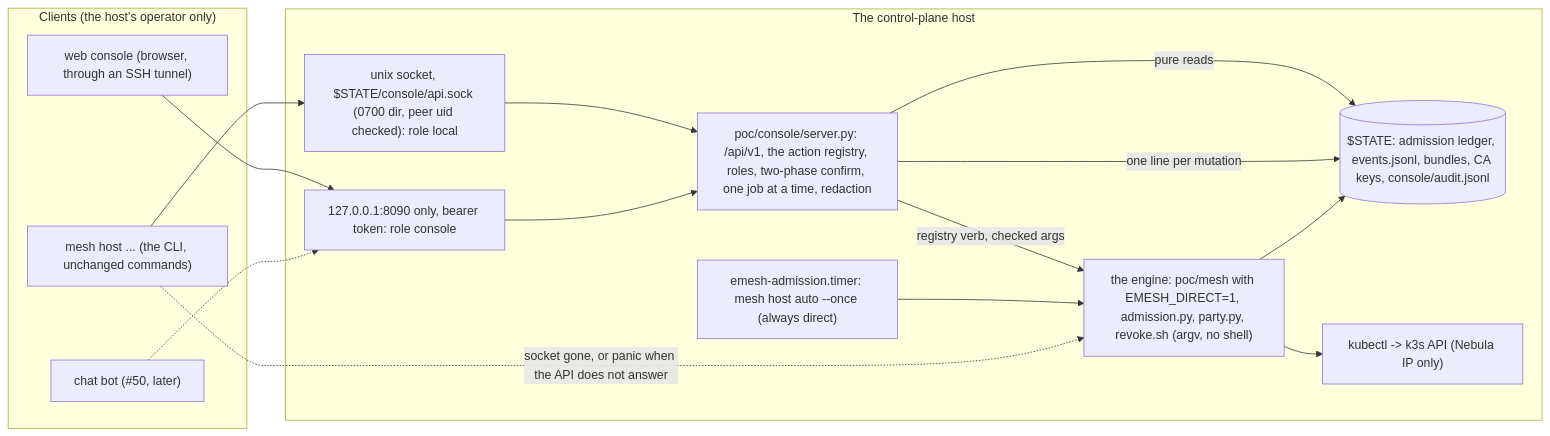
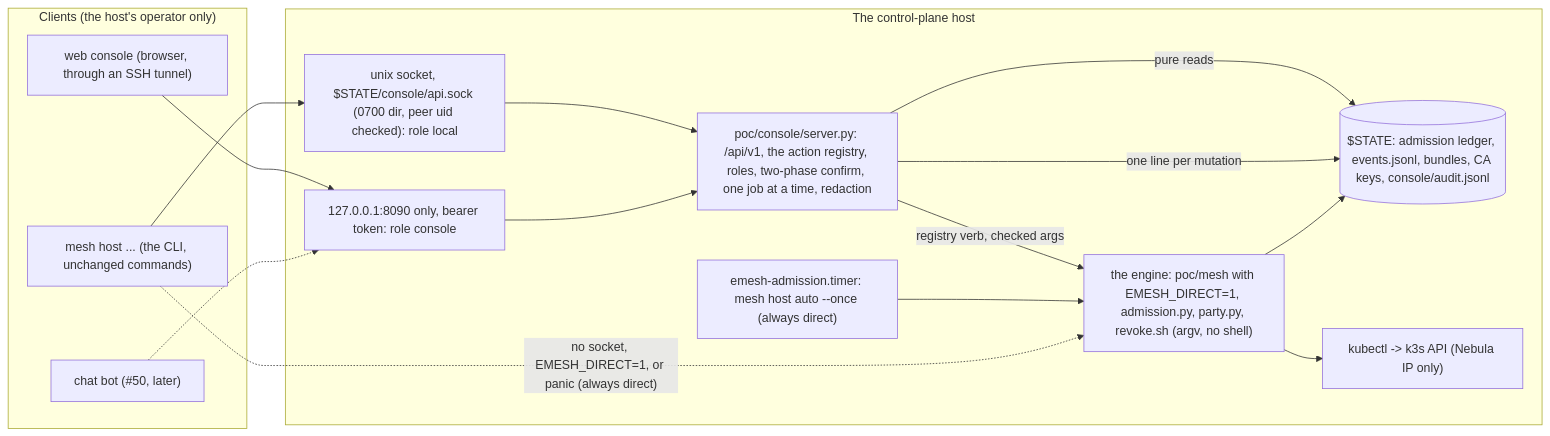
Before and after one commit to villadalmine/k8s-lan-party: the diagram in docs/diagrams/console.mmd, drawn with Mermaid. The commit also changed 5 other files, not shown here.

```diff
--- a/docs/diagrams/console.mmd
+++ b/docs/diagrams/console.mmd
@@ -1,27 +1,27 @@
 flowchart LR
   subgraph clients["Clients (the host's operator only)"]
     cli["mesh host ... (the CLI, unchanged commands)"]
     web["web console (browser, through an SSH tunnel)"]
     bot["chat bot (#50, later)"]
   end
   subgraph host["The control-plane host"]
     sock["unix socket, $STATE/console/api.sock (0700 dir, peer uid checked): role local"]
     lo["127.0.0.1:8090 only, bearer token: role console"]
     api["poc/console/server.py: /api/v1, the action registry, roles, two-phase confirm, one job at a time, redaction"]
     eng["the engine: poc/mesh with EMESH_DIRECT=1, admission.py, party.py, revoke.sh (argv, no shell)"]
     tick["emesh-admission.timer: mesh host auto --once (always direct)"]
     state[("$STATE: admission ledger, events.jsonl, bundles, CA keys, console/audit.jsonl")]
     kc["kubectl -> k3s API (Nebula IP only)"]
   end
   cli --> sock
   web --> lo
   bot -.-> lo
   sock --> api
   lo --> api
   api -->|"registry verb, checked args"| eng
   api -->|"pure reads"| state
   api -->|"one line per mutation"| state
   tick --> eng
   eng --> state
   eng --> kc
-  cli -.->|"socket gone, or panic when the API does not answer"| eng
+  cli -.->|"no socket, EMESH_DIRECT=1, or panic (always direct)"| eng
```
